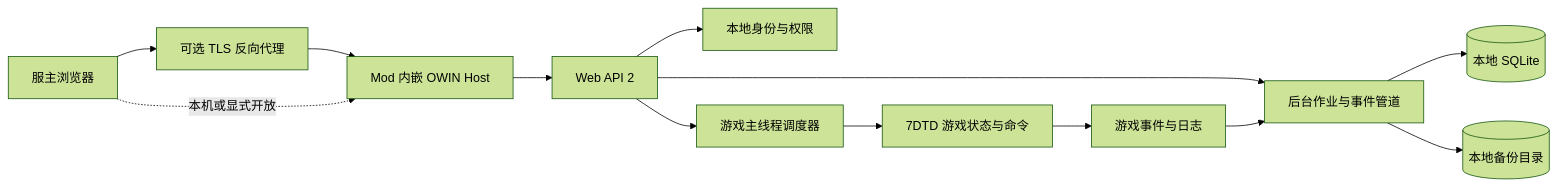
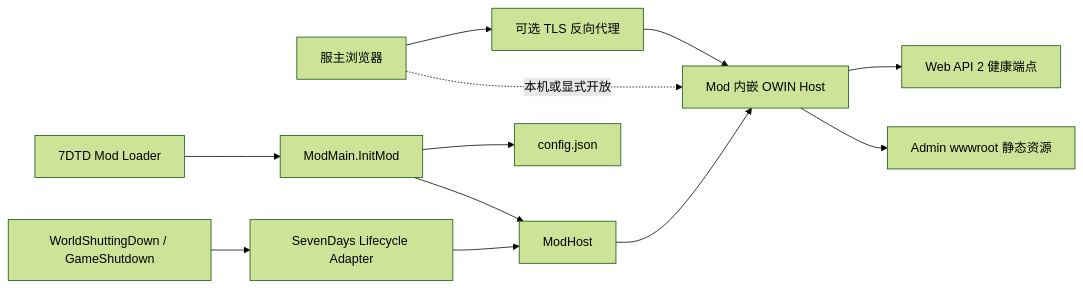
Before and after one commit to IceCoffee1024/7dpanel-legacy: the diagram in docs/architecture.md, drawn with Mermaid (forest theme). The commit also changed other lines of this file and 6 other files, not shown here.

````diff
--- a/docs/architecture.md
+++ b/docs/architecture.md
@@ -36,15 +20,14 @@
 ```mermaid
 flowchart LR
     Browser[服主浏览器] --> Proxy[可选 TLS 反向代理]
     Proxy --> Host[Mod 内嵌 OWIN Host]
     Browser -. 本机或显式开放 .-> Host
-    Host --> Api[Web API 2]
-    Api --> Auth[本地身份与权限]
-    Api --> Dispatcher[游戏主线程调度器]
-    Dispatcher --> Game[7DTD 游戏状态与命令]
-    Api --> Jobs[后台作业与事件管道]
-    Jobs --> Db[(本地 SQLite)]
-    Jobs --> Backups[(本地备份目录)]
-    Game --> Events[游戏事件与日志]
-    Events --> Jobs
+    Host --> Api[Web API 2 健康端点]
+    Host --> Static[Admin wwwroot 静态资源]
+    ModLoader[7DTD Mod Loader] --> Bootstrap[ModMain.InitMod]
+    Bootstrap --> Config[config.json]
+    Bootstrap --> Runtime[ModHost]
+    Runtime --> Host
+    GameEvents[WorldShuttingDown / GameShutdown] --> Lifecycle[SevenDays Lifecycle Adapter]
+    Lifecycle --> Runtime
 ```
````
